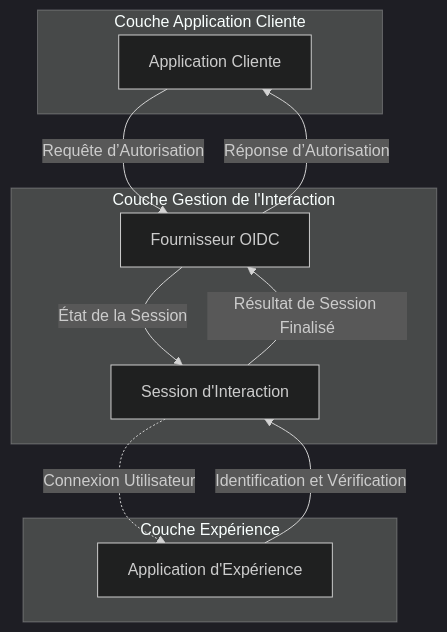
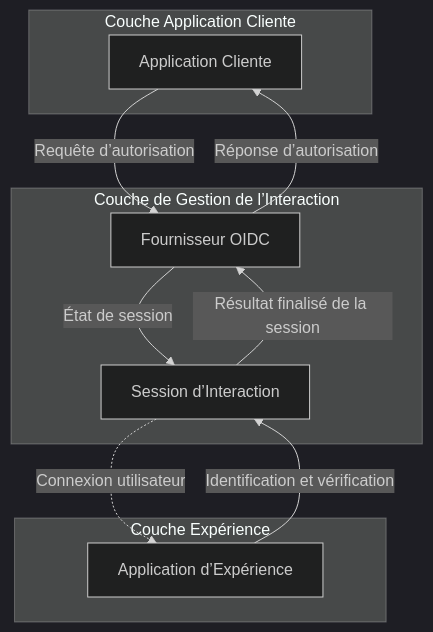
One commit to logto-io/docs changed the second of 2 diagrams in i18n/fr/docusaurus-plugin-content-docs/current/end-user-flows/sign-up-and-sign-in/README.mdx. Above: the diagram before and after it, drawn with Mermaid (dark theme). The commit also changed other lines of this file and 53 other files, not shown here.

````diff
--- a/i18n/fr/docusaurus-plugin-content-docs/current/end-user-flows/sign-up-and-sign-in/README.mdx
+++ b/i18n/fr/docusaurus-plugin-content-docs/current/end-user-flows/sign-up-and-sign-in/README.mdx
@@ -47,24 +47,24 @@
 ```mermaid
 flowchart TD
   %% Couches
   subgraph Layer1 [Couche Application Cliente]
       A[Application Cliente]
   end
 
-  subgraph Layer2 [Couche Gestion de l'Interaction]
+  subgraph Layer2 [Couche de Gestion de l’Interaction]
       B[Fournisseur OIDC]
-      C[Session d'Interaction]
+      C[Session d’Interaction]
   end
 
   subgraph Layer3 [Couche Expérience]
-      D[Application d'Expérience]
+      D[Application d’Expérience]
   end
 
   %% Connexions
-  A --> |Requête d’Autorisation| B
-  B --> |État de la Session| C
-  C -.-> |Connexion Utilisateur| D
-  D --> |Identification et Vérification| C
-  C --> |Résultat de Session Finalisé| B
-  B --> |Réponse d’Autorisation| A
+  A --> |Requête d’autorisation| B
+  B --> |État de session| C
+  C -.-> |Connexion utilisateur| D
+  D --> |Identification et vérification| C
+  C --> |Résultat finalisé de la session| B
+  B --> |Réponse d’autorisation| A
 ```
````
